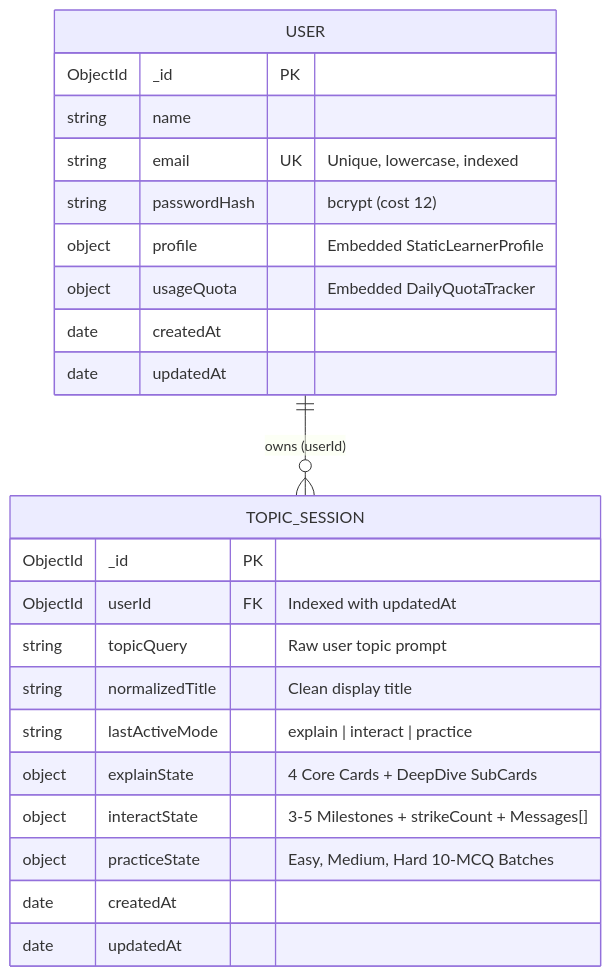
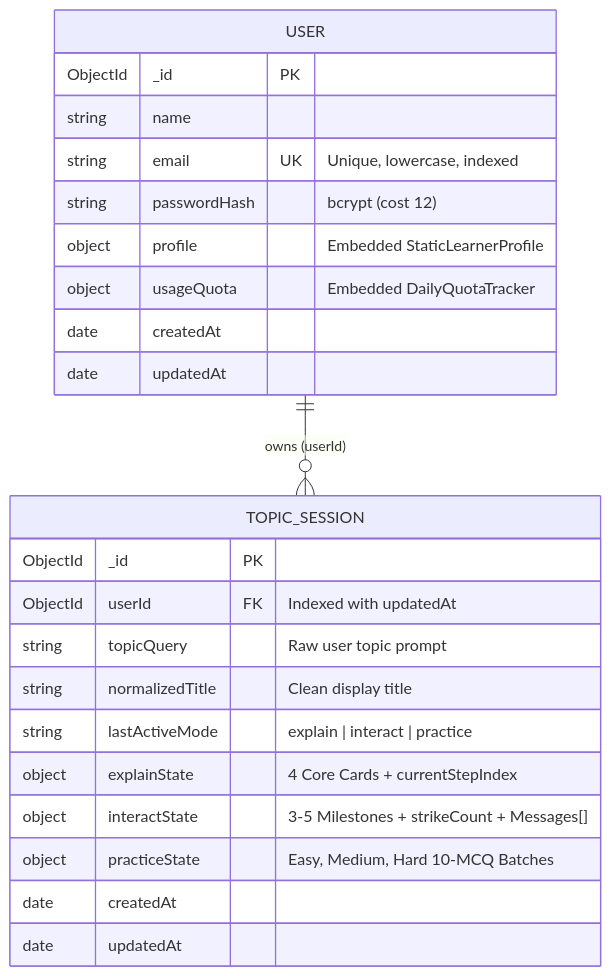
One commit to rwtchandrpal/mentora changed the third of 3 diagrams in docs/architecture.md. Above: the diagram before and after it, drawn with Mermaid. The commit also changed other lines of this file and 43 other files, not shown here.

First line of the commit message:
feat(shared,server,client): remove Go Deeper and sub-topic chips, polish Explain cards

````diff
--- a/docs/architecture.md
+++ b/docs/architecture.md
@@ -341,28 +339,28 @@
 ```mermaid
 erDiagram
     USER ||--o{ TOPIC_SESSION : "owns (userId)"
     
     USER {
         ObjectId _id PK
         string name
         string email UK "Unique, lowercase, indexed"
         string passwordHash "bcrypt (cost 12)"
         object profile "Embedded StaticLearnerProfile"
         object usageQuota "Embedded DailyQuotaTracker"
         date createdAt
         date updatedAt
     }
 
     TOPIC_SESSION {
         ObjectId _id PK
         ObjectId userId FK "Indexed with updatedAt"
         string topicQuery "Raw user topic prompt"
         string normalizedTitle "Clean display title"
         string lastActiveMode "explain | interact | practice"
-        object explainState "4 Core Cards + DeepDive SubCards"
+        object explainState "4 Core Cards + currentStepIndex"
         object interactState "3-5 Milestones + strikeCount + Messages[]"
         object practiceState "Easy, Medium, Hard 10-MCQ Batches"
         date createdAt
         date updatedAt
     }
 ```
````
